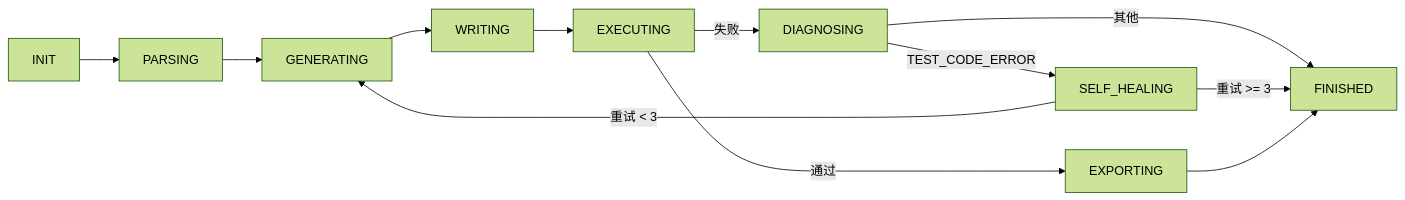
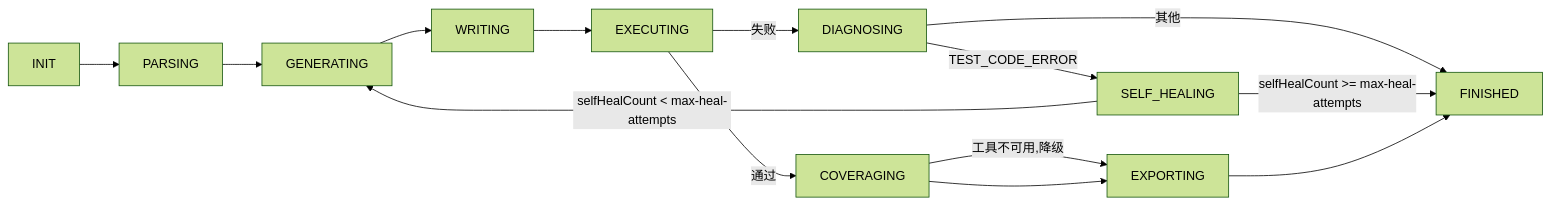
One commit to sanqianclx/TestCaseAgent changed the first of 3 diagrams in doc/概要设计文档.md. Above: the diagram before and after it, drawn with Mermaid (forest theme). The commit also changed other lines of this file and 7 other files, not shown here.

````diff
--- a/doc/概要设计文档.md
+++ b/doc/概要设计文档.md
@@ -169,14 +180,16 @@
 ```mermaid
 flowchart LR
     INIT --> PARSING
     PARSING --> GENERATING
     GENERATING --> WRITING
     WRITING --> EXECUTING
-    EXECUTING -->|通过| EXPORTING
+    EXECUTING -->|通过| COVERAGING
     EXECUTING -->|失败| DIAGNOSING
+    COVERAGING -->|工具不可用,降级| EXPORTING
+    COVERAGING --> EXPORTING
     DIAGNOSING -->|TEST_CODE_ERROR| SELF_HEALING
     DIAGNOSING -->|其他| FINISHED
-    SELF_HEALING -->|重试 < 3| GENERATING
-    SELF_HEALING -->|重试 >= 3| FINISHED
+    SELF_HEALING -->|selfHealCount < max-heal-attempts| GENERATING
+    SELF_HEALING -->|selfHealCount >= max-heal-attempts| FINISHED
     EXPORTING --> FINISHED
 ```
````
